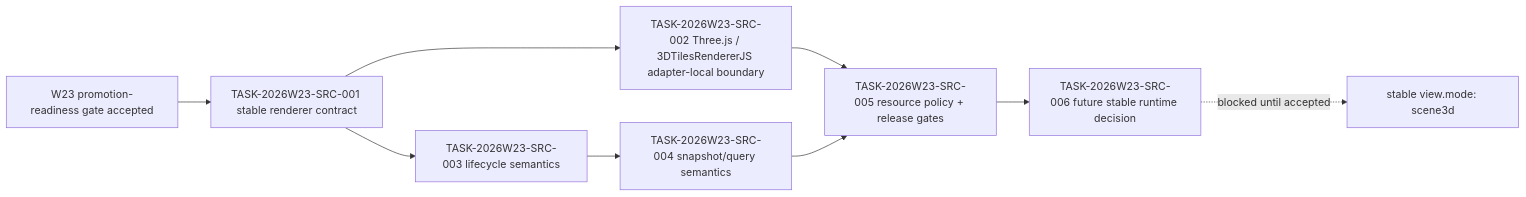
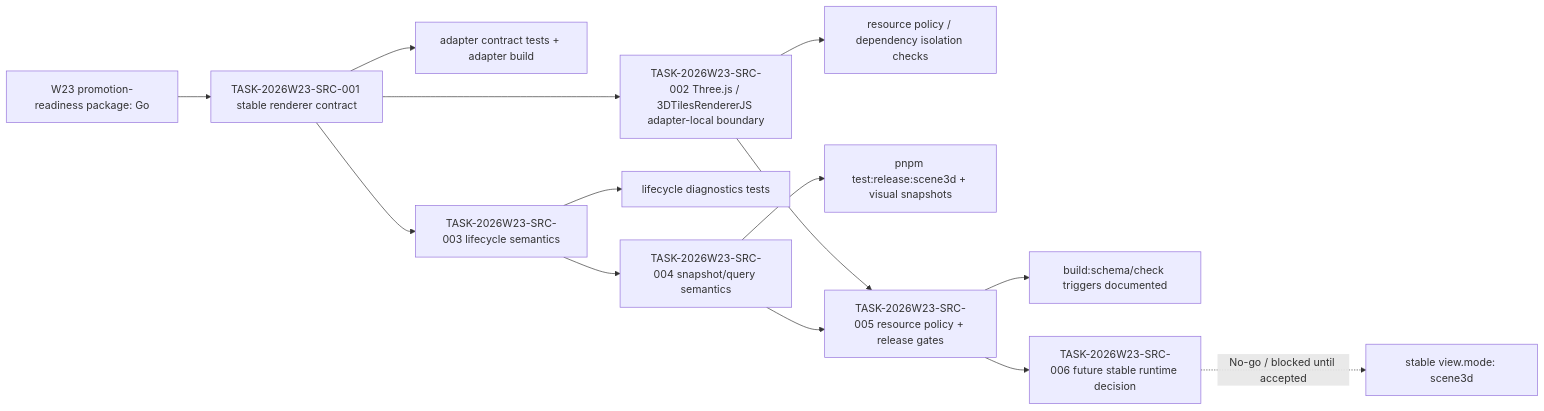
Before and after one commit to HYNCM/gis-engine: the fourth of 4 diagrams in docs/planning/dependency-graph.md, drawn with Mermaid. The commit also changed other lines of this file and 10 other files, not shown here.

Commit message:
Define SceneView3D stable renderer contract

````diff
--- a/docs/planning/dependency-graph.md
+++ b/docs/planning/dependency-graph.md
@@ -135,11 +136,16 @@
 ```mermaid
 flowchart LR
-  A["W23 promotion-readiness gate accepted"] --> B["TASK-2026W23-SRC-001 stable renderer contract"]
+  A["W23 promotion-readiness package: Go"] --> B["TASK-2026W23-SRC-001 stable renderer contract"]
+  B --> B1["adapter contract tests + adapter build"]
   B --> C["TASK-2026W23-SRC-002 Three.js / 3DTilesRendererJS adapter-local boundary"]
   B --> D["TASK-2026W23-SRC-003 lifecycle semantics"]
+  C --> C1["resource policy / dependency isolation checks"]
+  D --> D1["lifecycle diagnostics tests"]
   D --> E["TASK-2026W23-SRC-004 snapshot/query semantics"]
+  E --> E1["pnpm test:release:scene3d + visual snapshots"]
   C --> F["TASK-2026W23-SRC-005 resource policy + release gates"]
   E --> F
+  F --> F1["build:schema/check triggers documented"]
   F --> G["TASK-2026W23-SRC-006 future stable runtime decision"]
-  G -. "blocked until accepted" .-> H["stable view.mode: scene3d"]
+  G -. "No-go / blocked until accepted" .-> H["stable view.mode: scene3d"]
 ```
````
